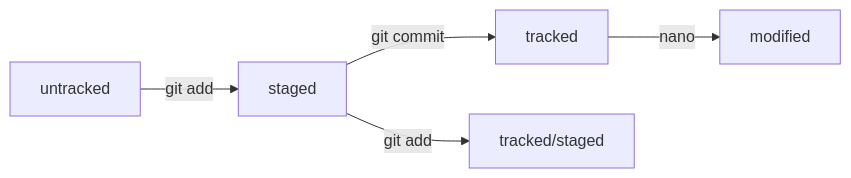
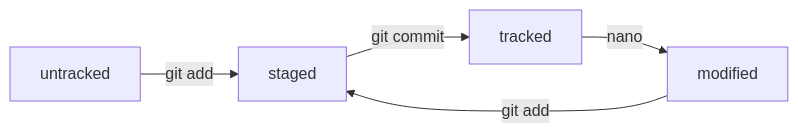
The diagram in README.md (Lightthouse/git-tut), drawn with Mermaid before and after one commit.

Commit message:
Исправить схему жизненного цикла

````diff
--- a/README.md
+++ b/README.md
@@ -36,11 +36,8 @@
 ```mermaid
 graph LR;
-
-%% Важный комментарий! 
-
   untracked -- "git add" --> staged;
   staged    -- "git commit" --> tracked;
   tracked    -- "nano" --> modified;
-  staged    -- "git add" --> tracked/staged;
+  modified    -- "git add" --> staged;
 
 ``` 
````
